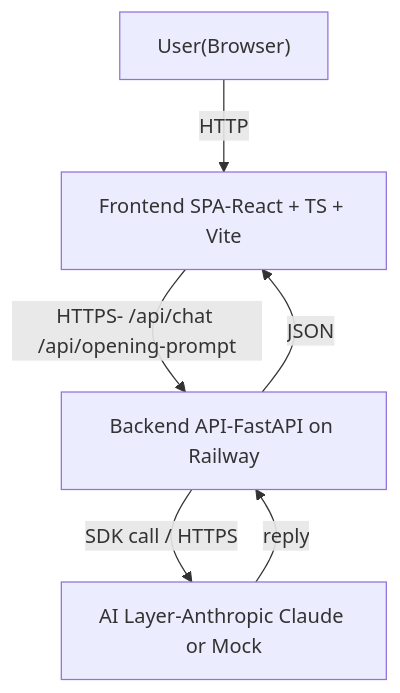
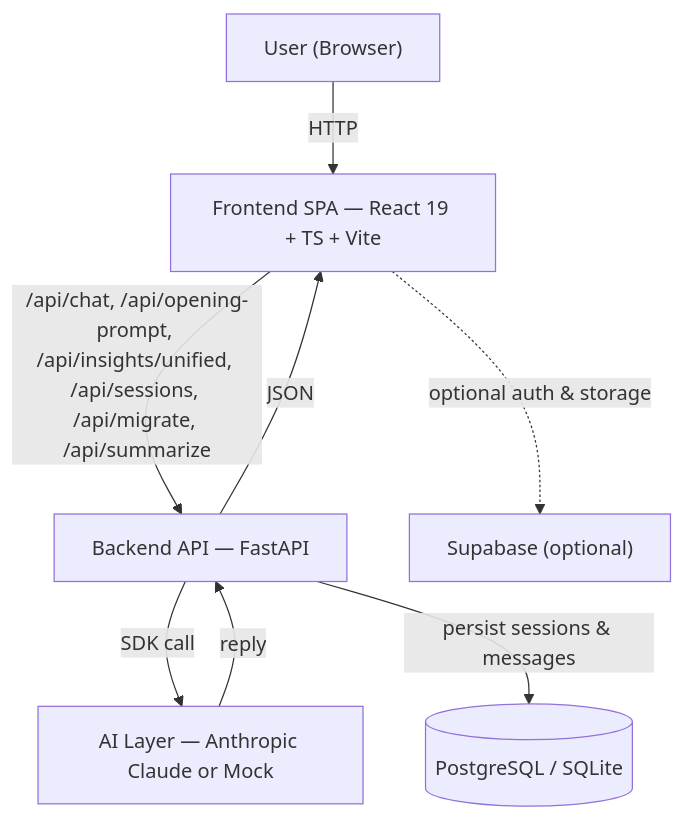
One commit to Dhrithi432/panw-hackathon-journal-casestudy changed the first of 9 diagrams in safespace_system_design.md. Above: the diagram before and after it, drawn with Mermaid. The commit also changed other lines of this file and 1 other file, not shown here.

````diff
--- a/safespace_system_design.md
+++ b/safespace_system_design.md
@@ -9,13 +9,17 @@
 ```mermaid
 flowchart TB
-    User["User(Browser)"]
-    FE["Frontend SPA-React + TS + Vite"]
-    BE["Backend API-FastAPI on Railway"]
-    AI["AI Layer-Anthropic Claude or Mock"]
+    User["User (Browser)"]
+    FE["Frontend SPA — React 19 + TS + Vite"]
+    BE["Backend API — FastAPI"]
+    DB[(PostgreSQL / SQLite)]
+    AI["AI Layer — Anthropic Claude or Mock"]
+    Supa["Supabase (optional)"]
 
     User -->|HTTP| FE
-    FE -->|HTTPS- /api/chat /api/opening-prompt| BE
-    BE -->|SDK call / HTTPS| AI
+    FE -->|/api/chat, /api/opening-prompt, /api/insights/unified, /api/sessions, /api/migrate, /api/summarize| BE
+    FE -.->|optional auth & storage| Supa
+    BE -->|SDK call| AI
+    BE -->|persist sessions & messages| DB
     AI -->|reply| BE
     BE -->|JSON| FE
 ```
````
